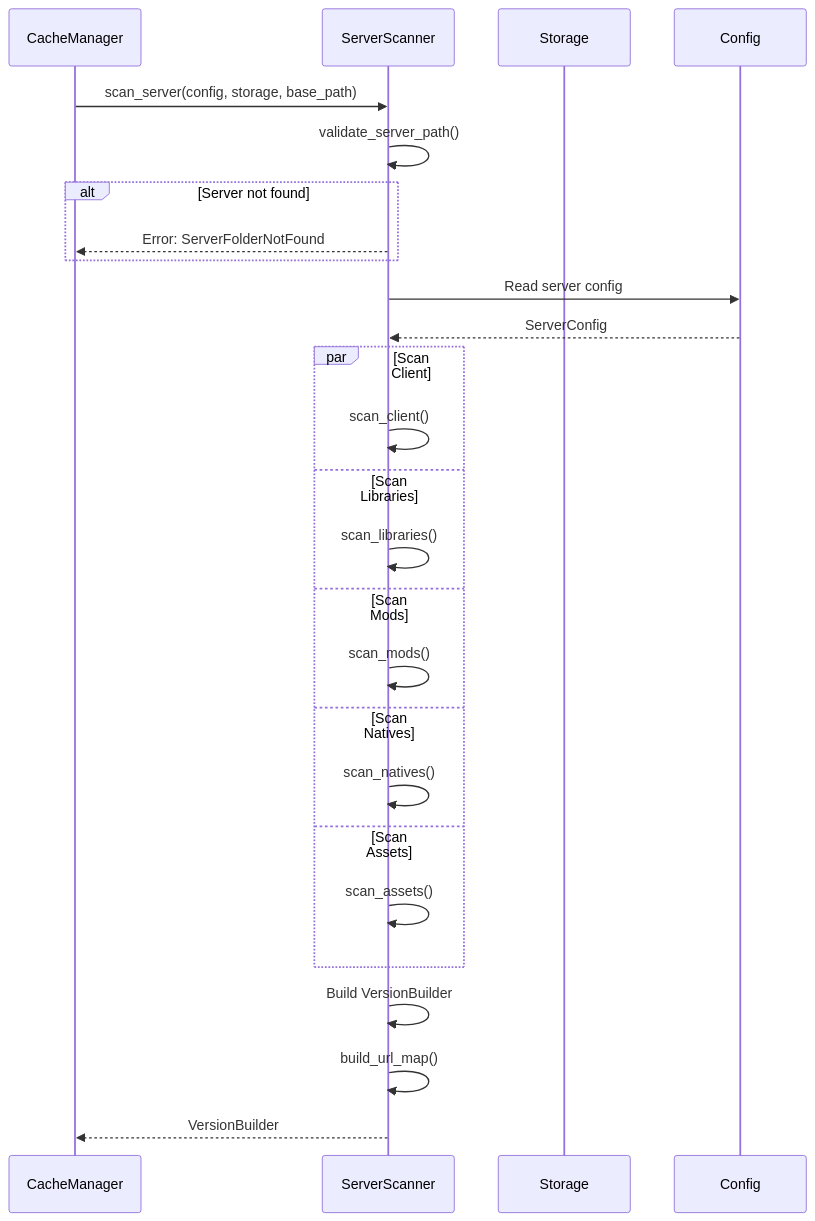
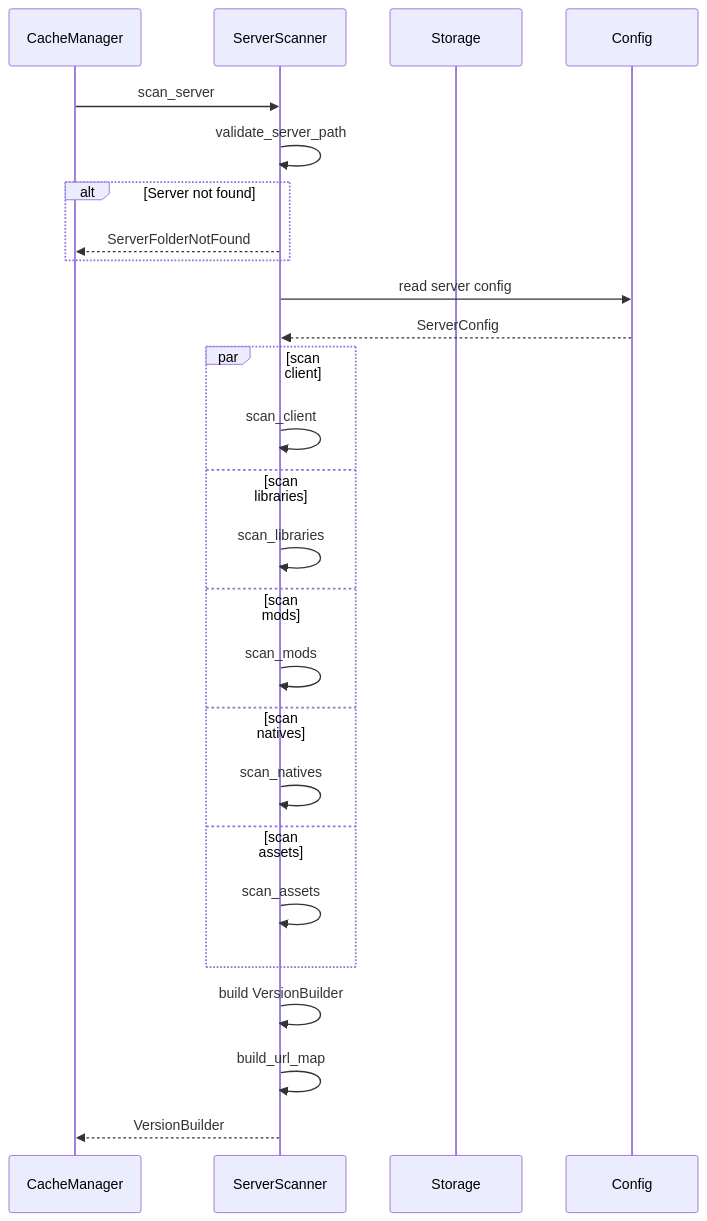
Before and after one commit to Lighty-Launcher/LightyUpdater: the first of 6 diagrams in crates/scanner/docs/flow.md, drawn with Mermaid. The commit also changed other lines of this file and 22 other files, not shown here.

First line of the commit message:
Simplify per-crate docs + harden mermaid for GitBook

````diff
--- a/crates/scanner/docs/flow.md
+++ b/crates/scanner/docs/flow.md
@@ -5,32 +5,32 @@
 ```mermaid
 sequenceDiagram
     participant Cache as CacheManager
     participant SS as ServerScanner
     participant Storage
     participant Config
 
-    Cache->>SS: scan_server(config, storage, base_path)
-    SS->>SS: validate_server_path()
+    Cache->>SS: scan_server
+    SS->>SS: validate_server_path
     alt Server not found
-        SS-->>Cache: Error: ServerFolderNotFound
+        SS-->>Cache: ServerFolderNotFound
     end
 
-    SS->>Config: Read server config
+    SS->>Config: read server config
     Config-->>SS: ServerConfig
 
-    par Scan Client
-        SS->>SS: scan_client()
-    and Scan Libraries
-        SS->>SS: scan_libraries()
-    and Scan Mods
-        SS->>SS: scan_mods()
-    and Scan Natives
-        SS->>SS: scan_natives()
-    and Scan Assets
-        SS->>SS: scan_assets()
+    par scan client
+        SS->>SS: scan_client
+    and scan libraries
+        SS->>SS: scan_libraries
+    and scan mods
+        SS->>SS: scan_mods
+    and scan natives
+        SS->>SS: scan_natives
+    and scan assets
+        SS->>SS: scan_assets
     end
 
-    SS->>SS: Build VersionBuilder
-    SS->>SS: build_url_map()
+    SS->>SS: build VersionBuilder
+    SS->>SS: build_url_map
     SS-->>Cache: VersionBuilder
 ```
````
